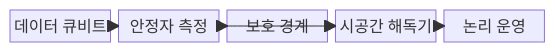
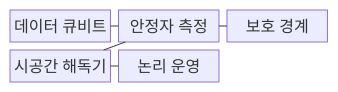
The first of 2 diagrams in src/content/docs/notes/08-latest-tech/214_surface_code.md (agnusdei1207/knowledge-base), drawn with Mermaid before and after one commit. The commit also changed other lines of this file and 53 other files, not shown here.

````diff
--- a/src/content/docs/notes/08-latest-tech/214_surface_code.md
+++ b/src/content/docs/notes/08-latest-tech/214_surface_code.md
@@ -50,13 +50,13 @@
 ```mermaid
 block-beta
-  columns 5
+  columns 3
   A["데이터 큐비트"]
   B["안정자 측정"]
   C["보호 경계"]
   D["시공간 해독기"]
   E["논리 운영"]
-  A --> B
-  C --> B
-  B --> D
-  D --> E
+  A --- B
+  C --- B
+  B --- D
+  D --- E
 ```
````
